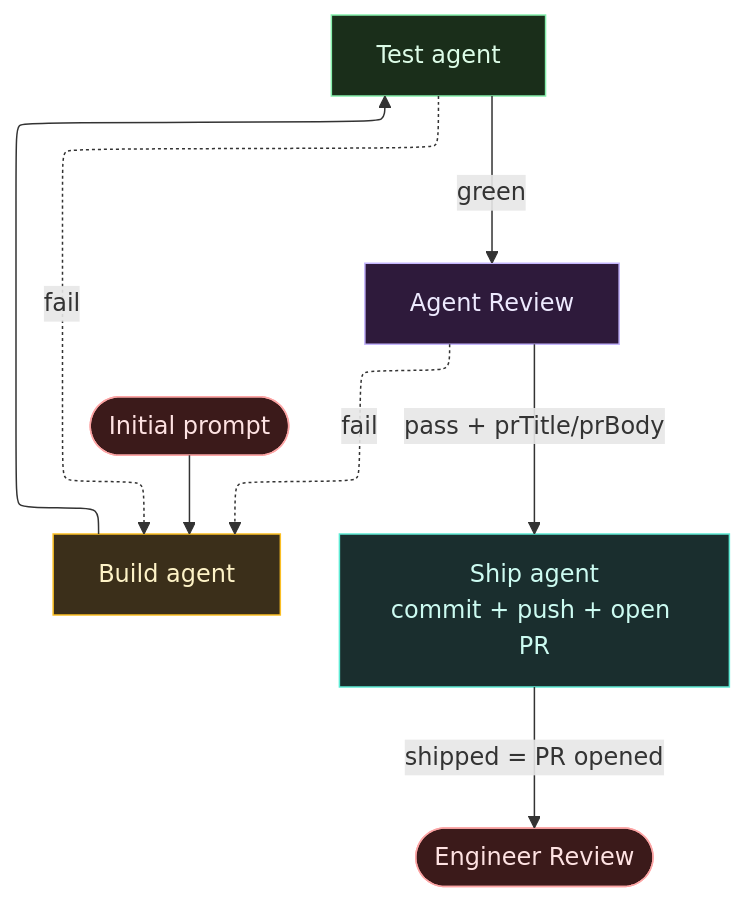
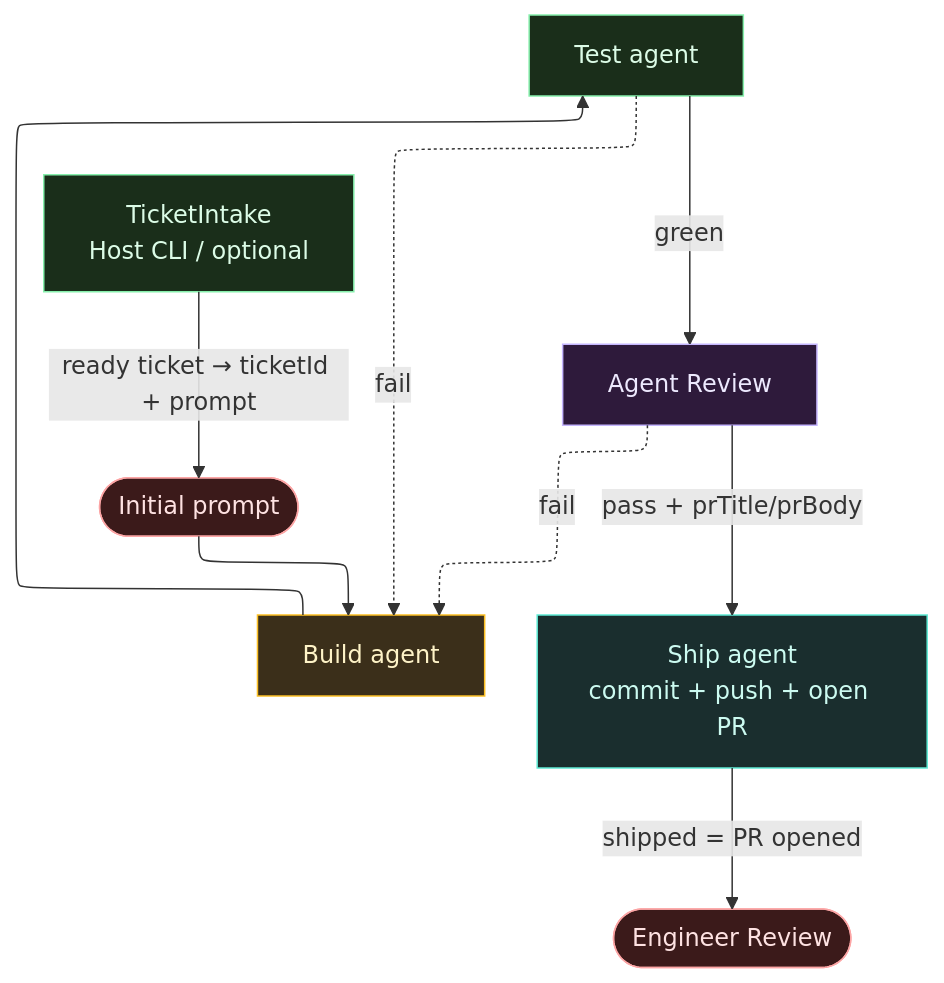
One commit to luchillo17/lazy-software-factory changed the diagram in docs/adr/0007-minimal-adw-build-test-review.md. Above: the diagram before and after it, drawn with Mermaid. The commit also changed other lines of this file and 18 other files, not shown here.

First line of the commit message:
feat(adw): add github ticket intake for host CLI

````diff
--- a/docs/adr/0007-minimal-adw-build-test-review.md
+++ b/docs/adr/0007-minimal-adw-build-test-review.md
@@ -13,30 +15,33 @@
 ```mermaid
 %%{init: {"flowchart": {"defaultRenderer": "elk"}} }%%
 flowchart TB
+  TicketIntake["TicketIntake\nHost CLI / optional"]
   Prompt(["Initial prompt"])
   Build["Build agent"]
   Test["Test agent"]
   AgentReview["Agent Review"]
   Ship["Ship agent\ncommit + push + open PR"]
   EngineerReview(["Engineer Review"])
 
+  TicketIntake -->|"ready ticket → ticketId + prompt"| Prompt
   Prompt --> Build --> Test
   Test -->|green| AgentReview
   AgentReview -->|"pass + prTitle/prBody"| Ship
   Ship -->|"shipped = PR opened"| EngineerReview
 
   Test -.->|fail| Build
   AgentReview -.->|fail| Build
 
   classDef human fill:#3b1a1a,stroke:#fca5a5,color:#fee2e2
   classDef llm fill:#3b2f1a,stroke:#fbbf24,color:#fef3c7
   classDef gate fill:#1a2e1a,stroke:#86efac,color:#dcfce7
   classDef agent fill:#2e1a3b,stroke:#c4b5fd,color:#ede9fe
   classDef ship fill:#1a2e2e,stroke:#5eead4,color:#ccfbf1
 
   class Prompt,EngineerReview human
+  class TicketIntake gate
   class Build llm
   class Test gate
   class AgentReview agent
   class Ship ship
 ```
````
